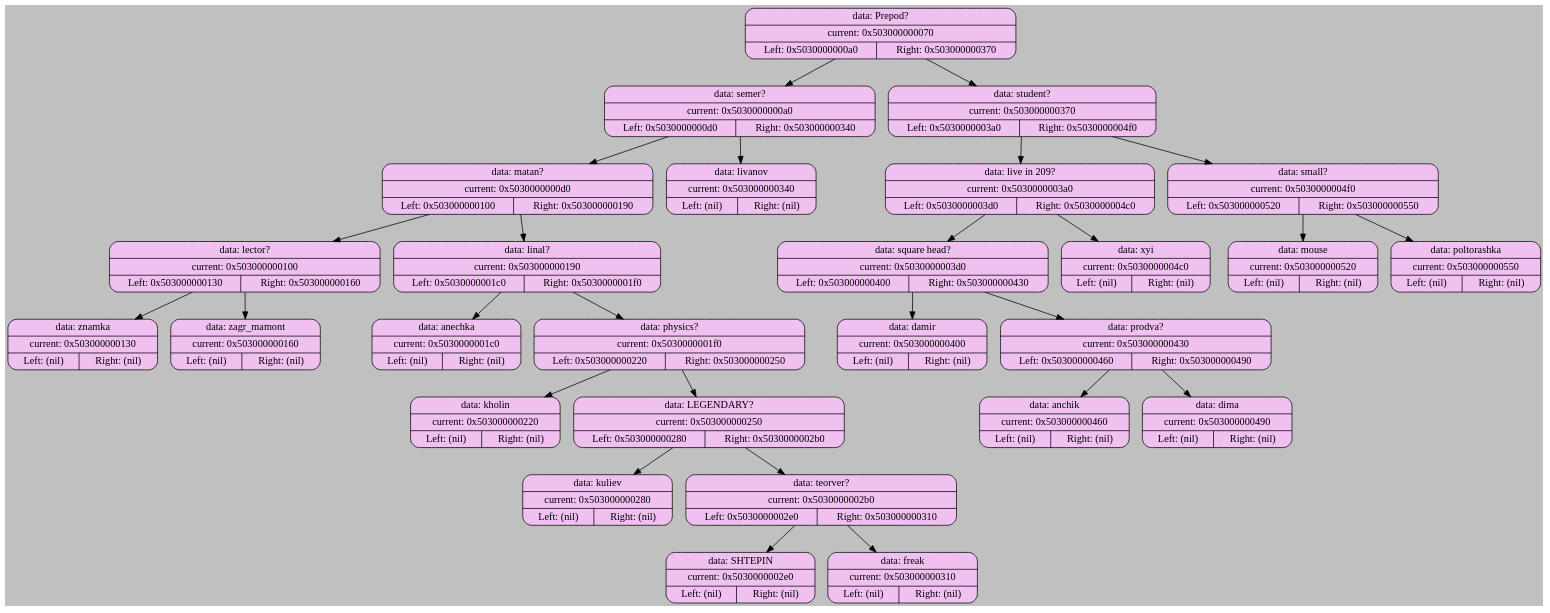
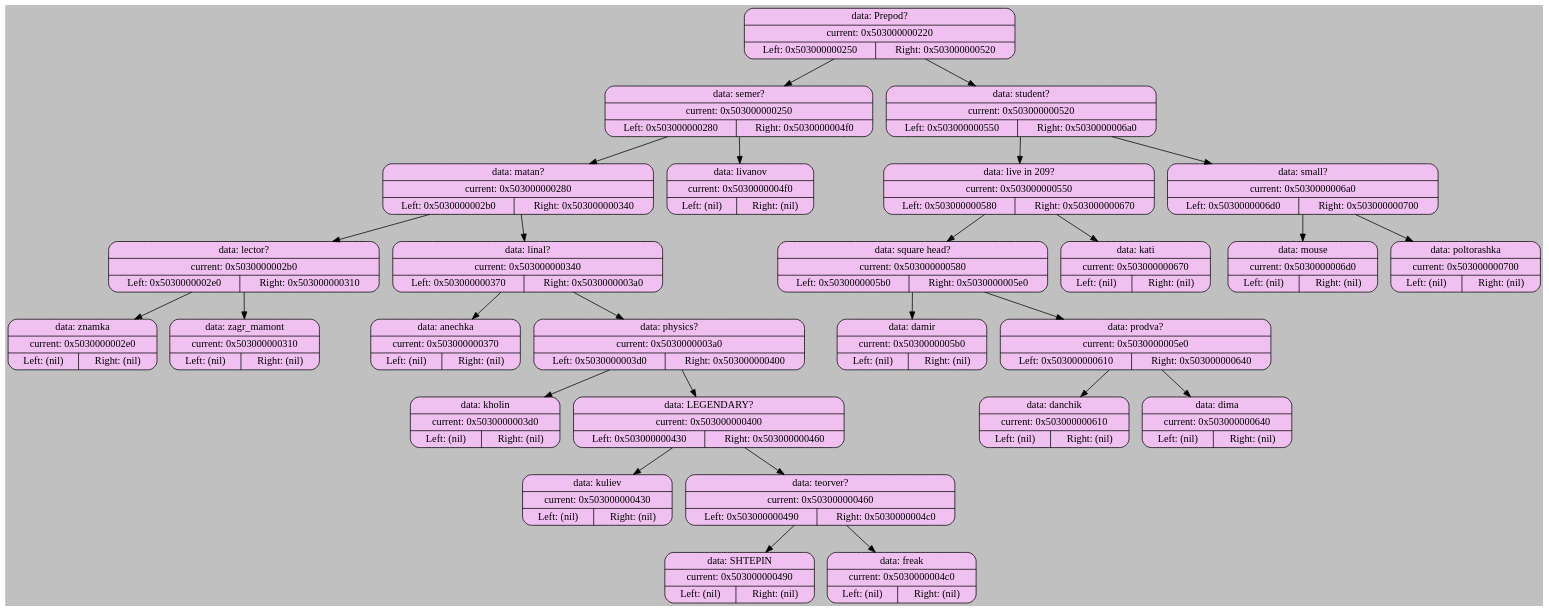
The diagram in graph_dump/graph_0.dot (Atlaxsyys/akinator), drawn with Graphviz before and after one commit. The commit also changed 7 other files, not shown here.

```diff
--- a/graph_dump/graph_0.dot
+++ b/graph_dump/graph_0.dot
@@ -1,58 +1,58 @@
 digraph BinaryTree {
     bgcolor="#C0C0C0";
 
     node [shape=record];
-    "0x503000000070" [shape=Mrecord, style=filled; fillcolor="#F0C0F0"; label="{data: Prepod? | current: 0x503000000070 | { Left: 0x5030000000a0 | Right: 0x503000000370 }}"];
-    "0x503000000070" -> "0x5030000000a0";
-    "0x5030000000a0" [shape=Mrecord, style=filled; fillcolor="#F0C0F0"; label="{data: semer? | current: 0x5030000000a0 | { Left: 0x5030000000d0 | Right: 0x503000000340 }}"];
-    "0x5030000000a0" -> "0x5030000000d0";
-    "0x5030000000d0" [shape=Mrecord, style=filled; fillcolor="#F0C0F0"; label="{data: matan? | current: 0x5030000000d0 | { Left: 0x503000000100 | Right: 0x503000000190 }}"];
-    "0x5030000000d0" -> "0x503000000100";
-    "0x503000000100" [shape=Mrecord, style=filled; fillcolor="#F0C0F0"; label="{data: lector? | current: 0x503000000100 | { Left: 0x503000000130 | Right: 0x503000000160 }}"];
-    "0x503000000100" -> "0x503000000130";
-    "0x503000000130" [shape=Mrecord, style=filled; fillcolor="#F0C0F0"; label="{data: znamka | current: 0x503000000130 | { Left: (nil) | Right: (nil) }}"];
-    "0x503000000100" -> "0x503000000160";
-    "0x503000000160" [shape=Mrecord, style=filled; fillcolor="#F0C0F0"; label="{data: zagr_mamont | current: 0x503000000160 | { Left: (nil) | Right: (nil) }}"];
-    "0x5030000000d0" -> "0x503000000190";
-    "0x503000000190" [shape=Mrecord, style=filled; fillcolor="#F0C0F0"; label="{data: linal? | current: 0x503000000190 | { Left: 0x5030000001c0 | Right: 0x5030000001f0 }}"];
-    "0x503000000190" -> "0x5030000001c0";
-    "0x5030000001c0" [shape=Mrecord, style=filled; fillcolor="#F0C0F0"; label="{data: anechka | current: 0x5030000001c0 | { Left: (nil) | Right: (nil) }}"];
-    "0x503000000190" -> "0x5030000001f0";
-    "0x5030000001f0" [shape=Mrecord, style=filled; fillcolor="#F0C0F0"; label="{data: physics? | current: 0x5030000001f0 | { Left: 0x503000000220 | Right: 0x503000000250 }}"];
-    "0x5030000001f0" -> "0x503000000220";
-    "0x503000000220" [shape=Mrecord, style=filled; fillcolor="#F0C0F0"; label="{data: kholin | current: 0x503000000220 | { Left: (nil) | Right: (nil) }}"];
-    "0x5030000001f0" -> "0x503000000250";
-    "0x503000000250" [shape=Mrecord, style=filled; fillcolor="#F0C0F0"; label="{data: LEGENDARY? | current: 0x503000000250 | { Left: 0x503000000280 | Right: 0x5030000002b0 }}"];
+    "0x503000000220" [shape=Mrecord, style=filled; fillcolor="#F0C0F0"; label="{data: Prepod? | current: 0x503000000220 | { Left: 0x503000000250 | Right: 0x503000000520 }}"];
+    "0x503000000220" -> "0x503000000250";
+    "0x503000000250" [shape=Mrecord, style=filled; fillcolor="#F0C0F0"; label="{data: semer? | current: 0x503000000250 | { Left: 0x503000000280 | Right: 0x5030000004f0 }}"];
     "0x503000000250" -> "0x503000000280";
-    "0x503000000280" [shape=Mrecord, style=filled; fillcolor="#F0C0F0"; label="{data: kuliev | current: 0x503000000280 | { Left: (nil) | Right: (nil) }}"];
-    "0x503000000250" -> "0x5030000002b0";
-    "0x5030000002b0" [shape=Mrecord, style=filled; fillcolor="#F0C0F0"; label="{data: teorver? | current: 0x5030000002b0 | { Left: 0x5030000002e0 | Right: 0x503000000310 }}"];
+    "0x503000000280" [shape=Mrecord, style=filled; fillcolor="#F0C0F0"; label="{data: matan? | current: 0x503000000280 | { Left: 0x5030000002b0 | Right: 0x503000000340 }}"];
+    "0x503000000280" -> "0x5030000002b0";
+    "0x5030000002b0" [shape=Mrecord, style=filled; fillcolor="#F0C0F0"; label="{data: lector? | current: 0x5030000002b0 | { Left: 0x5030000002e0 | Right: 0x503000000310 }}"];
     "0x5030000002b0" -> "0x5030000002e0";
-    "0x5030000002e0" [shape=Mrecord, style=filled; fillcolor="#F0C0F0"; label="{data: SHTEPIN | current: 0x5030000002e0 | { Left: (nil) | Right: (nil) }}"];
+    "0x5030000002e0" [shape=Mrecord, style=filled; fillcolor="#F0C0F0"; label="{data: znamka | current: 0x5030000002e0 | { Left: (nil) | Right: (nil) }}"];
     "0x5030000002b0" -> "0x503000000310";
-    "0x503000000310" [shape=Mrecord, style=filled; fillcolor="#F0C0F0"; label="{data: freak | current: 0x503000000310 | { Left: (nil) | Right: (nil) }}"];
-    "0x5030000000a0" -> "0x503000000340";
-    "0x503000000340" [shape=Mrecord, style=filled; fillcolor="#F0C0F0"; label="{data: livanov | current: 0x503000000340 | { Left: (nil) | Right: (nil) }}"];
-    "0x503000000070" -> "0x503000000370";
-    "0x503000000370" [shape=Mrecord, style=filled; fillcolor="#F0C0F0"; label="{data: student? | current: 0x503000000370 | { Left: 0x5030000003a0 | Right: 0x5030000004f0 }}"];
-    "0x503000000370" -> "0x5030000003a0";
-    "0x5030000003a0" [shape=Mrecord, style=filled; fillcolor="#F0C0F0"; label="{data: live in 209? | current: 0x5030000003a0 | { Left: 0x5030000003d0 | Right: 0x5030000004c0 }}"];
+    "0x503000000310" [shape=Mrecord, style=filled; fillcolor="#F0C0F0"; label="{data: zagr_mamont | current: 0x503000000310 | { Left: (nil) | Right: (nil) }}"];
+    "0x503000000280" -> "0x503000000340";
+    "0x503000000340" [shape=Mrecord, style=filled; fillcolor="#F0C0F0"; label="{data: linal? | current: 0x503000000340 | { Left: 0x503000000370 | Right: 0x5030000003a0 }}"];
+    "0x503000000340" -> "0x503000000370";
+    "0x503000000370" [shape=Mrecord, style=filled; fillcolor="#F0C0F0"; label="{data: anechka | current: 0x503000000370 | { Left: (nil) | Right: (nil) }}"];
+    "0x503000000340" -> "0x5030000003a0";
+    "0x5030000003a0" [shape=Mrecord, style=filled; fillcolor="#F0C0F0"; label="{data: physics? | current: 0x5030000003a0 | { Left: 0x5030000003d0 | Right: 0x503000000400 }}"];
     "0x5030000003a0" -> "0x5030000003d0";
-    "0x5030000003d0" [shape=Mrecord, style=filled; fillcolor="#F0C0F0"; label="{data: square head? | current: 0x5030000003d0 | { Left: 0x503000000400 | Right: 0x503000000430 }}"];
-    "0x5030000003d0" -> "0x503000000400";
-    "0x503000000400" [shape=Mrecord, style=filled; fillcolor="#F0C0F0"; label="{data: damir | current: 0x503000000400 | { Left: (nil) | Right: (nil) }}"];
-    "0x5030000003d0" -> "0x503000000430";
-    "0x503000000430" [shape=Mrecord, style=filled; fillcolor="#F0C0F0"; label="{data: prodva? | current: 0x503000000430 | { Left: 0x503000000460 | Right: 0x503000000490 }}"];
-    "0x503000000430" -> "0x503000000460";
-    "0x503000000460" [shape=Mrecord, style=filled; fillcolor="#F0C0F0"; label="{data: anchik | current: 0x503000000460 | { Left: (nil) | Right: (nil) }}"];
-    "0x503000000430" -> "0x503000000490";
-    "0x503000000490" [shape=Mrecord, style=filled; fillcolor="#F0C0F0"; label="{data: dima | current: 0x503000000490 | { Left: (nil) | Right: (nil) }}"];
-    "0x5030000003a0" -> "0x5030000004c0";
-    "0x5030000004c0" [shape=Mrecord, style=filled; fillcolor="#F0C0F0"; label="{data: xyi | current: 0x5030000004c0 | { Left: (nil) | Right: (nil) }}"];
-    "0x503000000370" -> "0x5030000004f0";
-    "0x5030000004f0" [shape=Mrecord, style=filled; fillcolor="#F0C0F0"; label="{data: small? | current: 0x5030000004f0 | { Left: 0x503000000520 | Right: 0x503000000550 }}"];
-    "0x5030000004f0" -> "0x503000000520";
-    "0x503000000520" [shape=Mrecord, style=filled; fillcolor="#F0C0F0"; label="{data: mouse | current: 0x503000000520 | { Left: (nil) | Right: (nil) }}"];
-    "0x5030000004f0" -> "0x503000000550";
-    "0x503000000550" [shape=Mrecord, style=filled; fillcolor="#F0C0F0"; label="{data: poltorashka | current: 0x503000000550 | { Left: (nil) | Right: (nil) }}"];
+    "0x5030000003d0" [shape=Mrecord, style=filled; fillcolor="#F0C0F0"; label="{data: kholin | current: 0x5030000003d0 | { Left: (nil) | Right: (nil) }}"];
+    "0x5030000003a0" -> "0x503000000400";
+    "0x503000000400" [shape=Mrecord, style=filled; fillcolor="#F0C0F0"; label="{data: LEGENDARY? | current: 0x503000000400 | { Left: 0x503000000430 | Right: 0x503000000460 }}"];
+    "0x503000000400" -> "0x503000000430";
+    "0x503000000430" [shape=Mrecord, style=filled; fillcolor="#F0C0F0"; label="{data: kuliev | current: 0x503000000430 | { Left: (nil) | Right: (nil) }}"];
+    "0x503000000400" -> "0x503000000460";
+    "0x503000000460" [shape=Mrecord, style=filled; fillcolor="#F0C0F0"; label="{data: teorver? | current: 0x503000000460 | { Left: 0x503000000490 | Right: 0x5030000004c0 }}"];
+    "0x503000000460" -> "0x503000000490";
+    "0x503000000490" [shape=Mrecord, style=filled; fillcolor="#F0C0F0"; label="{data: SHTEPIN | current: 0x503000000490 | { Left: (nil) | Right: (nil) }}"];
+    "0x503000000460" -> "0x5030000004c0";
+    "0x5030000004c0" [shape=Mrecord, style=filled; fillcolor="#F0C0F0"; label="{data: freak | current: 0x5030000004c0 | { Left: (nil) | Right: (nil) }}"];
+    "0x503000000250" -> "0x5030000004f0";
+    "0x5030000004f0" [shape=Mrecord, style=filled; fillcolor="#F0C0F0"; label="{data: livanov | current: 0x5030000004f0 | { Left: (nil) | Right: (nil) }}"];
+    "0x503000000220" -> "0x503000000520";
+    "0x503000000520" [shape=Mrecord, style=filled; fillcolor="#F0C0F0"; label="{data: student? | current: 0x503000000520 | { Left: 0x503000000550 | Right: 0x5030000006a0 }}"];
+    "0x503000000520" -> "0x503000000550";
+    "0x503000000550" [shape=Mrecord, style=filled; fillcolor="#F0C0F0"; label="{data: live in 209? | current: 0x503000000550 | { Left: 0x503000000580 | Right: 0x503000000670 }}"];
+    "0x503000000550" -> "0x503000000580";
+    "0x503000000580" [shape=Mrecord, style=filled; fillcolor="#F0C0F0"; label="{data: square head? | current: 0x503000000580 | { Left: 0x5030000005b0 | Right: 0x5030000005e0 }}"];
+    "0x503000000580" -> "0x5030000005b0";
+    "0x5030000005b0" [shape=Mrecord, style=filled; fillcolor="#F0C0F0"; label="{data: damir | current: 0x5030000005b0 | { Left: (nil) | Right: (nil) }}"];
+    "0x503000000580" -> "0x5030000005e0";
+    "0x5030000005e0" [shape=Mrecord, style=filled; fillcolor="#F0C0F0"; label="{data: prodva? | current: 0x5030000005e0 | { Left: 0x503000000610 | Right: 0x503000000640 }}"];
+    "0x5030000005e0" -> "0x503000000610";
+    "0x503000000610" [shape=Mrecord, style=filled; fillcolor="#F0C0F0"; label="{data: danchik | current: 0x503000000610 | { Left: (nil) | Right: (nil) }}"];
+    "0x5030000005e0" -> "0x503000000640";
+    "0x503000000640" [shape=Mrecord, style=filled; fillcolor="#F0C0F0"; label="{data: dima | current: 0x503000000640 | { Left: (nil) | Right: (nil) }}"];
+    "0x503000000550" -> "0x503000000670";
+    "0x503000000670" [shape=Mrecord, style=filled; fillcolor="#F0C0F0"; label="{data: kati | current: 0x503000000670 | { Left: (nil) | Right: (nil) }}"];
+    "0x503000000520" -> "0x5030000006a0";
+    "0x5030000006a0" [shape=Mrecord, style=filled; fillcolor="#F0C0F0"; label="{data: small? | current: 0x5030000006a0 | { Left: 0x5030000006d0 | Right: 0x503000000700 }}"];
+    "0x5030000006a0" -> "0x5030000006d0";
+    "0x5030000006d0" [shape=Mrecord, style=filled; fillcolor="#F0C0F0"; label="{data: mouse | current: 0x5030000006d0 | { Left: (nil) | Right: (nil) }}"];
+    "0x5030000006a0" -> "0x503000000700";
+    "0x503000000700" [shape=Mrecord, style=filled; fillcolor="#F0C0F0"; label="{data: poltorashka | current: 0x503000000700 | { Left: (nil) | Right: (nil) }}"];
 }
```
